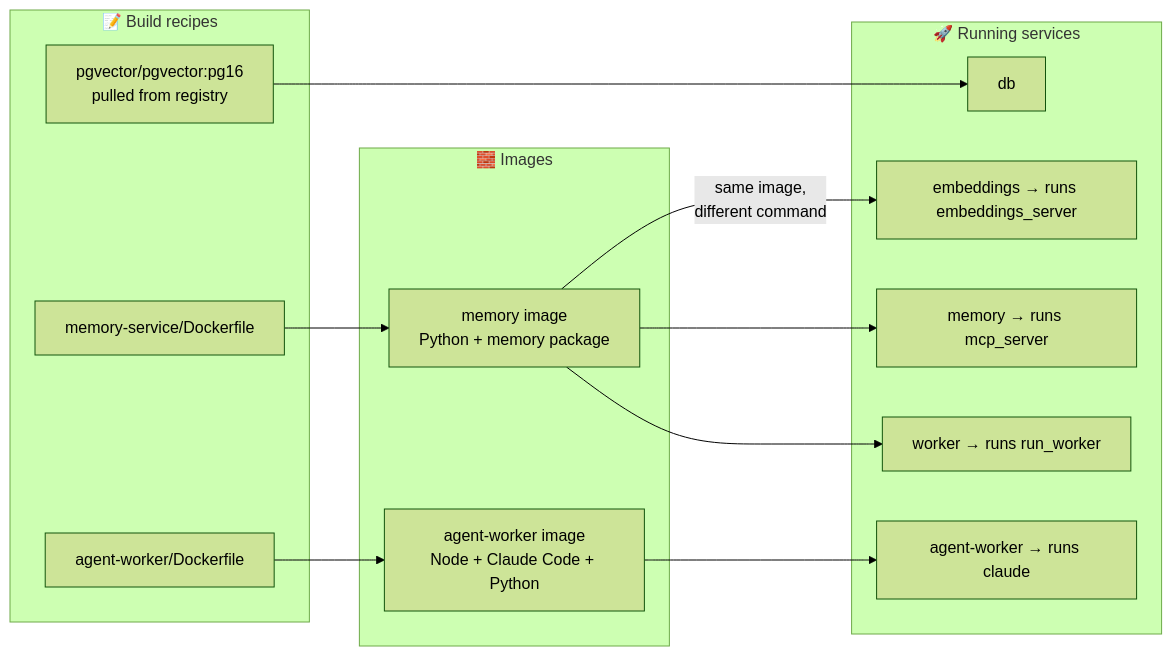
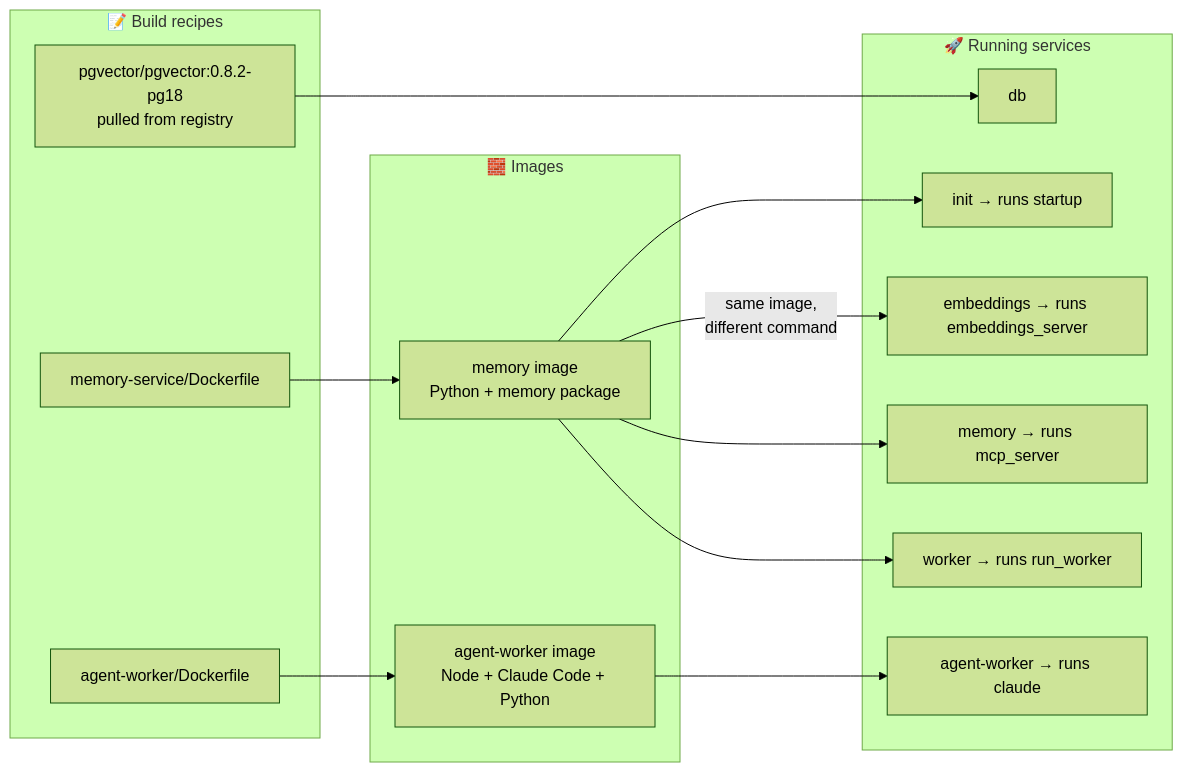
Before and after one commit to baradhiren/agent_image: the third of 6 diagrams in docs/architecture.md, drawn with Mermaid (forest theme). The commit also changed other lines of this file and 1 other file, not shown here.

Commit message:
docs: document per-project snapshot startup flow; mark spec implemented

````diff
--- a/docs/architecture.md
+++ b/docs/architecture.md
@@ -131,29 +135,31 @@
 ```mermaid
 flowchart LR
     subgraph SRC["📝 Build recipes"]
         DF1["memory-service/Dockerfile"]
         DF2["agent-worker/Dockerfile"]
-        PGIMG["pgvector/pgvector:pg16<br/>pulled from registry"]
+        PGIMG["pgvector/pgvector:0.8.2-pg18<br/>pulled from registry"]
     end
 
     subgraph IMAGES["🧱 Images"]
         MIMG["memory image<br/>Python + memory package"]
         AIMG["agent-worker image<br/>Node + Claude Code + Python"]
     end
 
     subgraph SERVICES["🚀 Running services"]
         S_DB["db"]
+        S_INIT["init → runs startup"]
         S_EMB["embeddings → runs embeddings_server"]
         S_MEM["memory → runs mcp_server"]
         S_WK["worker → runs run_worker"]
         S_AW["agent-worker → runs claude"]
     end
 
     DF1 --> MIMG
     DF2 --> AIMG
     PGIMG --> S_DB
     MIMG -->|"same image,<br/>different command"| S_EMB
     MIMG --> S_MEM
     MIMG --> S_WK
+    MIMG --> S_INIT
     AIMG --> S_AW
 ```
````
